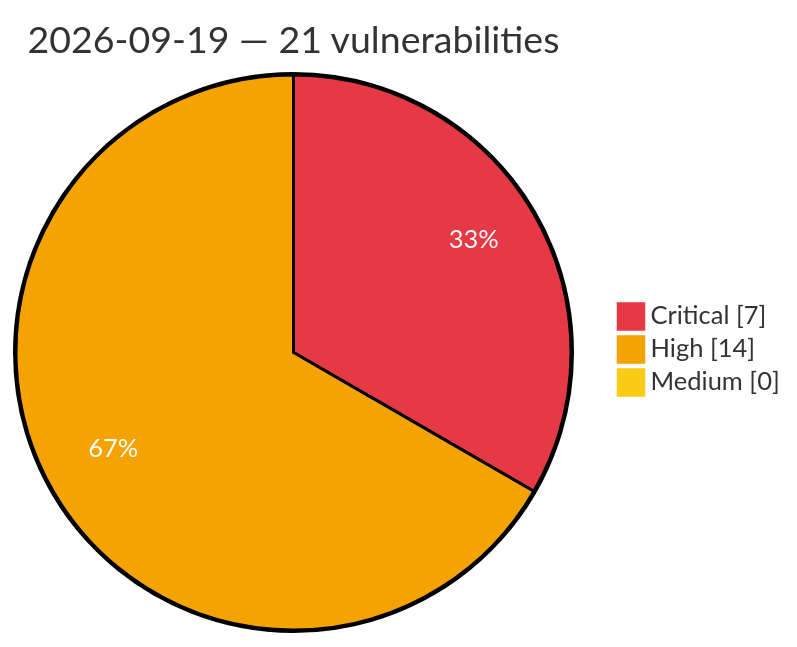
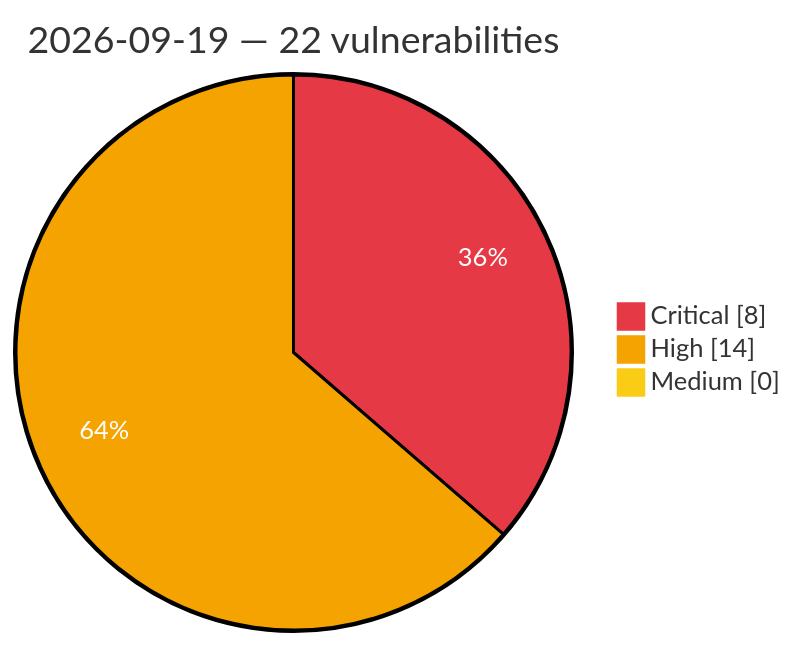
Before and after one commit to GhostX0X/vuln-tracker: the diagram in vulnerabilities/2026/September/2026-09-19.md, drawn with Mermaid. The commit also changed other lines of this file and 8 other files, not shown here.

````diff
--- a/vulnerabilities/2026/September/2026-09-19.md
+++ b/vulnerabilities/2026/September/2026-09-19.md
@@ -3,8 +3,8 @@
 ```mermaid
 %%{init: {'theme':'base', 'themeVariables': {'pie1':'#e63946', 'pie2':'#f4a300', 'pie3':'#facc15', 'pieOpacity':'1', 'pieOuterStrokeWidth':'2px', 'pieSectionTextColor':'#ffffff'}}}%%
 pie showData
-    title 2026-09-19 — 21 vulnerabilities
-    "Critical" : 7
+    title 2026-09-19 — 22 vulnerabilities
+    "Critical" : 8
     "High" : 14
     "Medium" : 0
 ```
````
